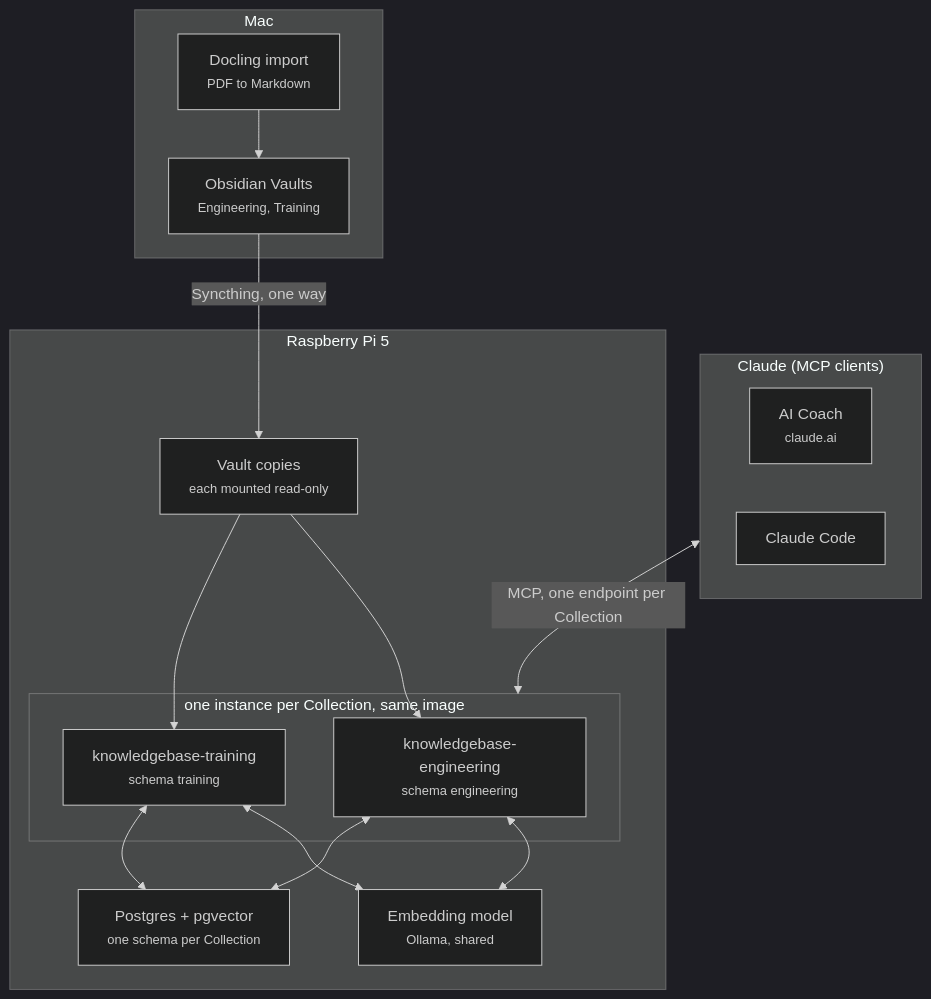
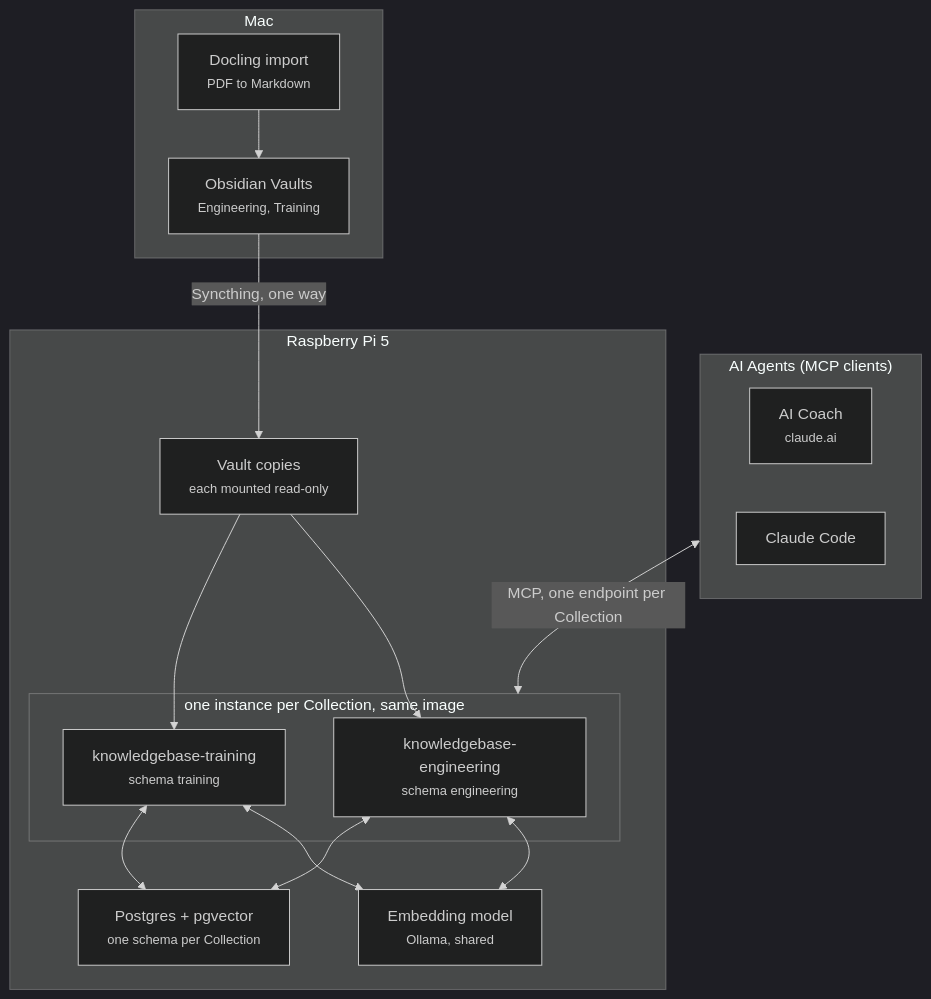
The first of 3 diagrams in docs/architecture.md (Luca-Blum/obsidian-knowledge-mcp), drawn with Mermaid (dark theme) before and after one commit. The commit also changed other lines of this file and 14 other files, not shown here.

````diff
--- a/docs/architecture.md
+++ b/docs/architecture.md
@@ -18,29 +18,29 @@
 ```mermaid
 flowchart TB
     subgraph Mac
         docling["Docling import<br/><small>PDF to Markdown</small>"]
         vaults["Obsidian Vaults<br/><small>Engineering, Training</small>"]
         docling --> vaults
     end
-    subgraph Clients["Claude (MCP clients)"]
+    subgraph Clients["AI Agents (MCP clients)"]
         coach["AI Coach<br/><small>claude.ai</small>"]
         code["Claude Code"]
     end
     subgraph Pi["Raspberry Pi 5"]
         copies["Vault copies<br/><small>each mounted read-only</small>"]
         subgraph Instances["one instance per Collection, same image"]
             eng["knowledgebase-engineering<br/><small>schema engineering</small>"]
             train["knowledgebase-training<br/><small>schema training</small>"]
         end
         ollama["Embedding model<br/><small>Ollama, shared</small>"]
         pg["Postgres + pgvector<br/><small>one schema per Collection</small>"]
         copies --> eng
         copies --> train
         eng <--> ollama
         train <--> ollama
         eng <--> pg
         train <--> pg
     end
     vaults -- "Syncthing, one way" --> copies
     Clients <-- "MCP, one endpoint per Collection" --> Instances
 ```
````
